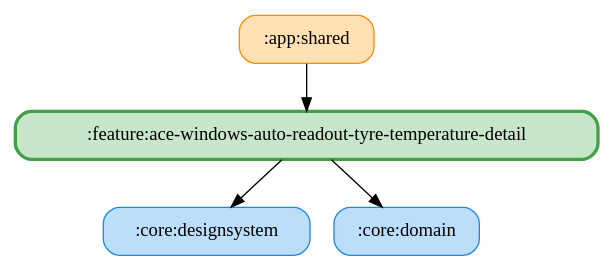
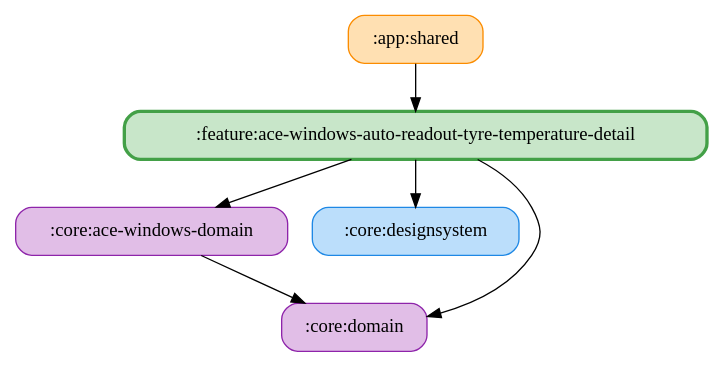
One commit to ai-kurou/KoDriver changed the diagram in docs/graphs/feature-ace-windows-auto-readout-tyre-temperature-detail.gv. Above: the diagram before and after it, drawn with Graphviz. The commit also changed 898 other files, not shown here.

Commit message:
:core:domain をシミュレーター別のドメインモジュールに分割する(LMU・ACE・GT7) (#2411)

```diff
--- a/docs/graphs/feature-ace-windows-auto-readout-tyre-temperature-detail.gv
+++ b/docs/graphs/feature-ace-windows-auto-readout-tyre-temperature-detail.gv
@@ -1,11 +1,14 @@
 digraph G {
   rankdir=TB
   node [shape=box, style="rounded,filled"]
   ":app:shared" [fillcolor="#FFE0B2", color="#FB8C00", penwidth=1]
+  ":core:ace-windows-domain" [fillcolor="#E1BEE7", color="#8E24AA", penwidth=1]
   ":core:designsystem" [fillcolor="#BBDEFB", color="#1E88E5", penwidth=1]
-  ":core:domain" [fillcolor="#BBDEFB", color="#1E88E5", penwidth=1]
+  ":core:domain" [fillcolor="#E1BEE7", color="#8E24AA", penwidth=1]
   ":feature:ace-windows-auto-readout-tyre-temperature-detail" [fillcolor="#C8E6C9", color="#43A047", penwidth=2.5]
   ":app:shared" -> ":feature:ace-windows-auto-readout-tyre-temperature-detail"
+  ":core:ace-windows-domain" -> ":core:domain"
   ":feature:ace-windows-auto-readout-tyre-temperature-detail" -> ":core:domain"
   ":feature:ace-windows-auto-readout-tyre-temperature-detail" -> ":core:designsystem"
+  ":feature:ace-windows-auto-readout-tyre-temperature-detail" -> ":core:ace-windows-domain"
 }
```
